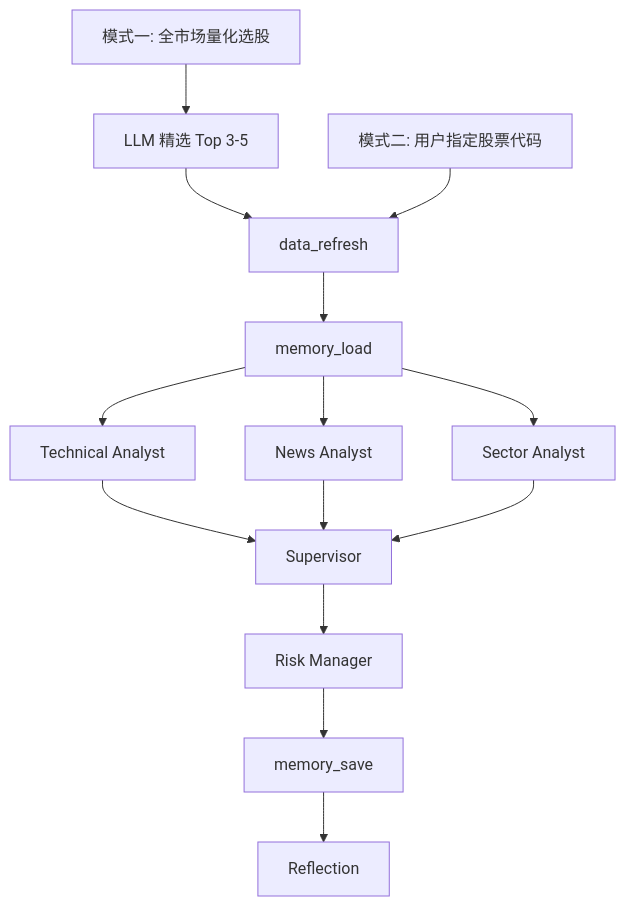
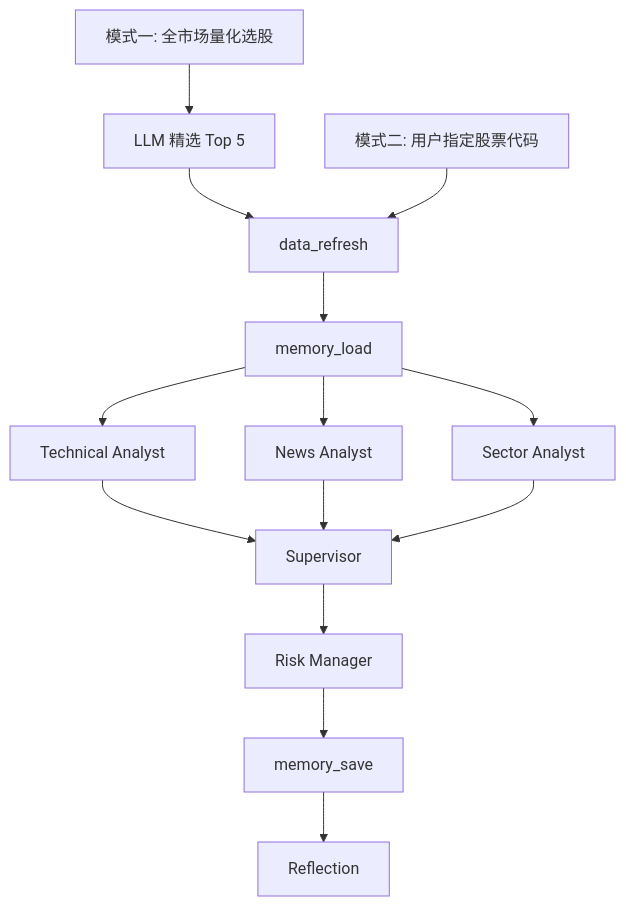
One commit to Box0528/stock-multi-agent-system changed the diagram in README.md. Above: the diagram before and after it, drawn with Mermaid. The commit also changed other lines of this file, not shown here.

Commit message:
docs: fix mermaid Top 3-5 → Top 5, add Windows .env copy command

````diff
--- a/README.md
+++ b/README.md
@@ -69,21 +70,21 @@
 ```mermaid
 flowchart TD
-    A1[模式一: 全市场量化选股] --> A2[LLM 精选 Top 3-5]
+    A1[模式一: 全市场量化选股] --> A2[LLM 精选 Top 5]
     B1[模式二: 用户指定股票代码]
 
     A2 --> C[data_refresh]
     B1 --> C
     C --> D[memory_load]
 
     D --> F1[Technical Analyst]
     D --> F2[News Analyst]
     D --> F3[Sector Analyst]
 
     F1 --> G[Supervisor]
     F2 --> G
     F3 --> G
 
     G --> H[Risk Manager]
     H --> I[memory_save]
     I --> J[Reflection]
 ```
````
